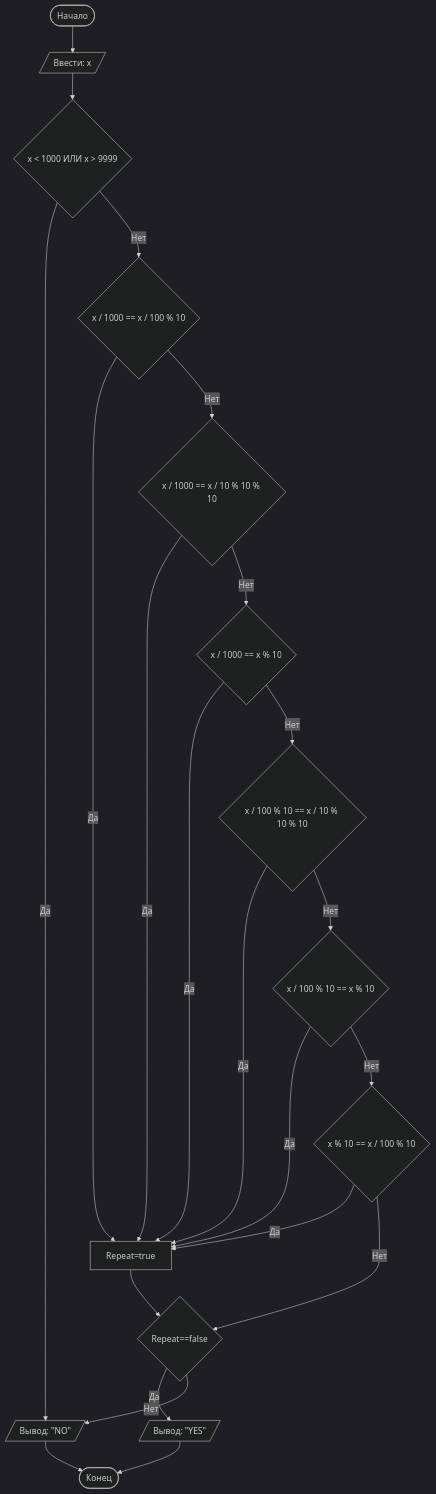
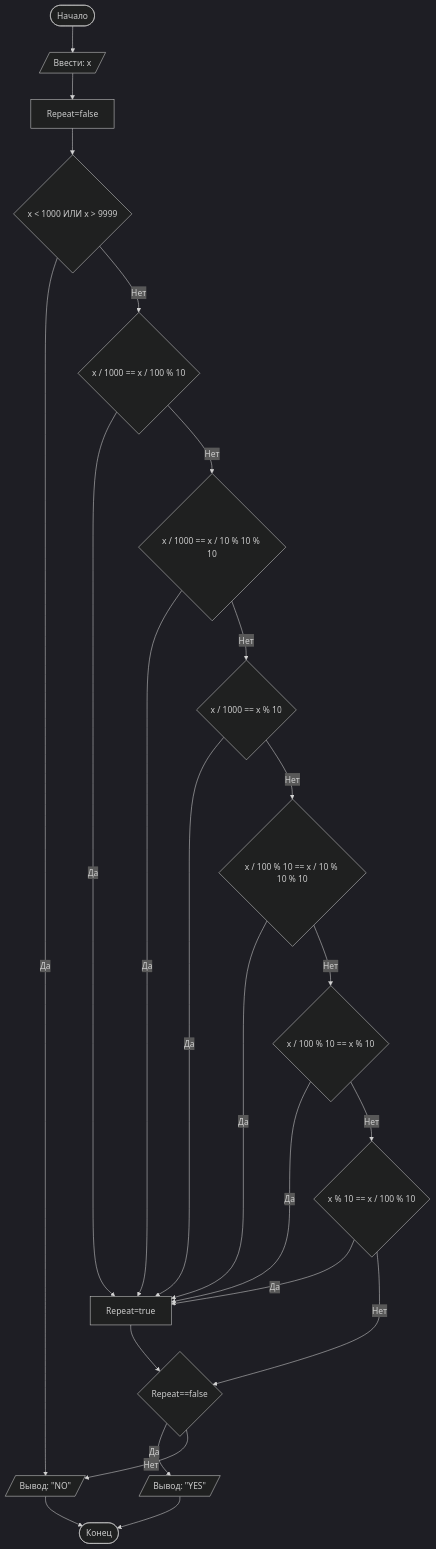
Before and after one commit to Tabooretishe/Lab1: the diagram in README.md, drawn with Mermaid (dark theme).

````diff
--- a/README.md
+++ b/README.md
@@ -82,25 +82,26 @@
 ```mermaid
 graph TD
     A([Начало]) --> B[/Ввести: x/]
-    B --> C{x < 1000 ИЛИ x > 9999}
+    B --> Q[Repeat=false]
+    Q --> C{x < 1000 ИЛИ x > 9999}
     C -- Да --> K[/Вывод: "NO"/]
     C -- Нет--> D{"x / 1000 == x / 100 % 10"}
     D -- Да --> X[Repeat=true]
     D -- Нет--> E{"x / 1000 == x / 10 % 10 % 10"}
     E -- Да --> X[Repeat=true]
     E -- Нет--> F{"x / 1000 == x % 10"}
     F -- Да --> X[Repeat=true]
     F -- Нет--> G{"x / 100 % 10 == x / 10 % 10 % 10"}
     G -- Да --> X[Repeat=true]
     G -- Нет--> H{"x / 100 % 10 == x % 10"}
     H -- Да --> X[Repeat=true]
     H -- Нет--> J{"x % 10 == x / 100 % 10"}
     J -- Да --> X[Repeat=true]
     J -- Нет--> L{Repeat==false}
-    X-->L
+    X --> L
     L -- Да --> P[/Вывод: "YES"/]
     L -- Нет--> K[/Вывод: "NO"/]
-    P-->Z
+    P --> Z
     K --> Z([Конец])
 
 ```
````
